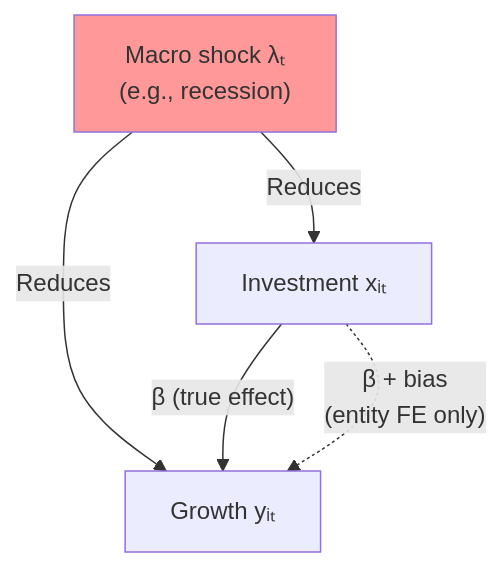
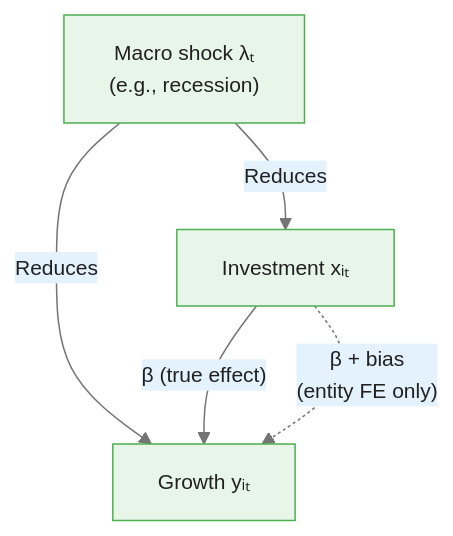
The first of 4 diagrams in courses/panel-regression/modules/module_02_fixed_effects/guides/03_two_way_fixed_effects_slides.md (m-deane/course-creator), drawn with Mermaid before and after one commit. The commit also changed other lines of this file and 79 other files, not shown here.

````diff
--- a/courses/panel-regression/modules/module_02_fixed_effects/guides/03_two_way_fixed_effects_slides.md
+++ b/courses/panel-regression/modules/module_02_fixed_effects/guides/03_two_way_fixed_effects_slides.md
@@ -48,9 +62,8 @@
 ```mermaid
+%%{init: {"theme": "base", "themeVariables": {"primaryColor": "#e8f5e9", "primaryBorderColor": "#4caf50", "primaryTextColor": "#212121", "secondaryColor": "#e3f2fd", "tertiaryColor": "#fff8e1", "lineColor": "#757575", "fontFamily": "Inter, sans-serif", "fontSize": "14px"}}}%%
 flowchart TD
     MACRO["Macro shock λₜ<br/>(e.g., recession)"] -->|"Reduces"| INV["Investment xᵢₜ"]
     MACRO -->|"Reduces"| GROWTH["Growth yᵢₜ"]
     INV -->|"β (true effect)"| GROWTH
     INV -.->|"β + bias<br/>(entity FE only)"| GROWTH
-
-    style MACRO fill:#f99
 ```
````
